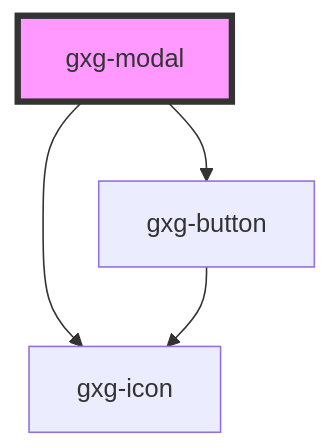
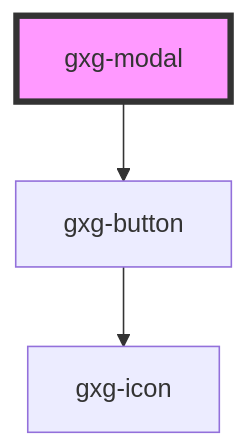
One commit to genexuslabs/gemini changed the diagram in src/components/modal/readme.md. Above: the diagram before and after it, drawn with Mermaid. The commit also changed other lines of this file and 4 other files, not shown here.

````diff
--- a/src/components/modal/readme.md
+++ b/src/components/modal/readme.md
@@ -24,7 +23,6 @@
 ```mermaid
 graph TD;
   gxg-modal --> gxg-button
-  gxg-modal --> gxg-icon
   gxg-button --> gxg-icon
   style gxg-modal fill:#f9f,stroke:#333,stroke-width:4px
 ```
````
